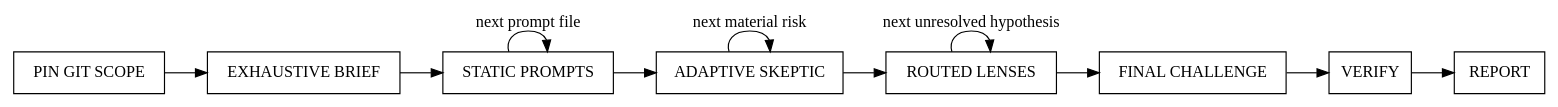
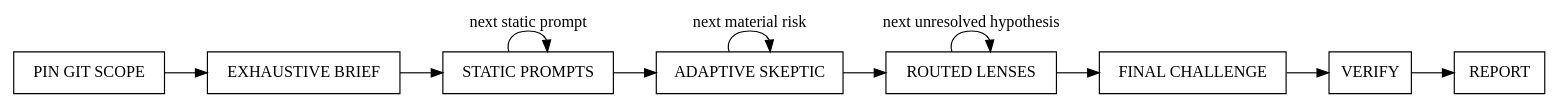
Before and after one commit to anjulgarg/agents: the first of 2 diagrams in skills/foreman-review/SKILL.md, drawn with Graphviz. The commit also changed other lines of this file and 24 other files, not shown here.

````diff
--- a/skills/foreman-review/SKILL.md
+++ b/skills/foreman-review/SKILL.md
@@ -14,20 +14,20 @@
 ```dot
 digraph ForemanReview {
     rankdir=LR;
     node [shape=box];
 
     scope [label="PIN GIT SCOPE"];
     brief [label="EXHAUSTIVE BRIEF"];
     static [label="STATIC PROMPTS"];
     skeptic [label="ADAPTIVE SKEPTIC"];
     lenses [label="ROUTED LENSES"];
     challenge [label="FINAL CHALLENGE"];
     verify [label="VERIFY"];
     report [label="REPORT"];
 
     scope -> brief -> static -> skeptic -> lenses -> challenge -> verify -> report;
-    static -> static [label="next prompt file"];
+    static -> static [label="next static prompt"];
     skeptic -> skeptic [label="next material risk"];
     lenses -> lenses [label="next unresolved hypothesis"];
 }
 ```
````
